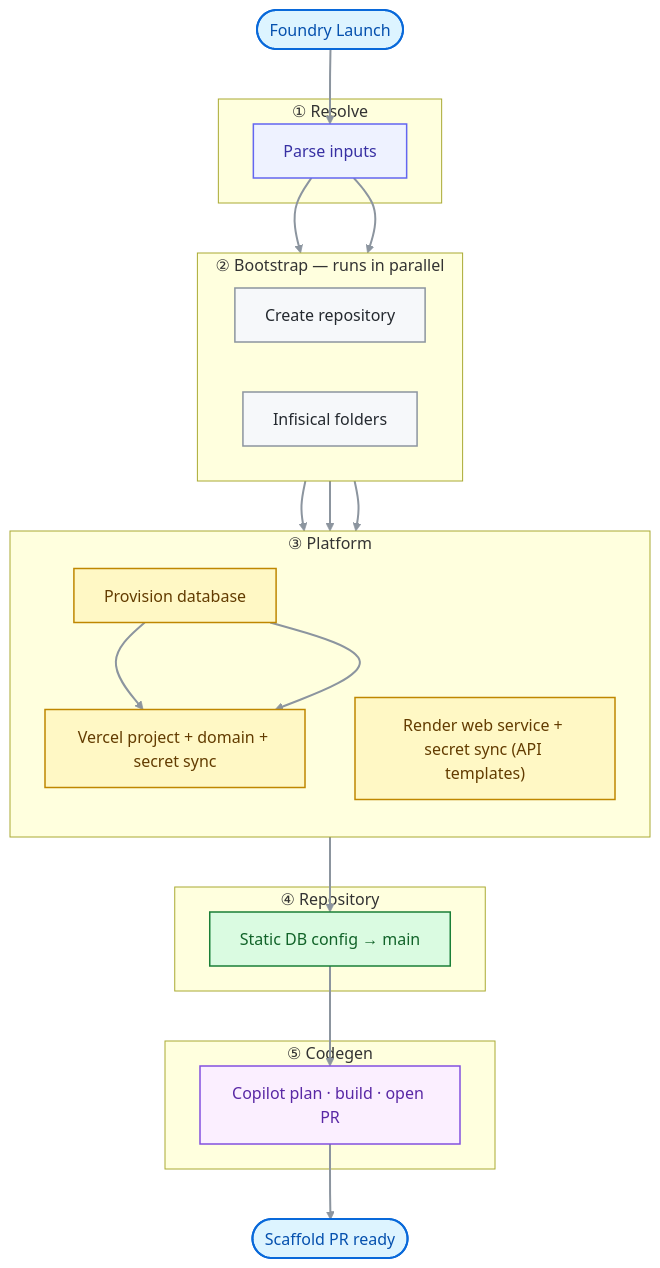
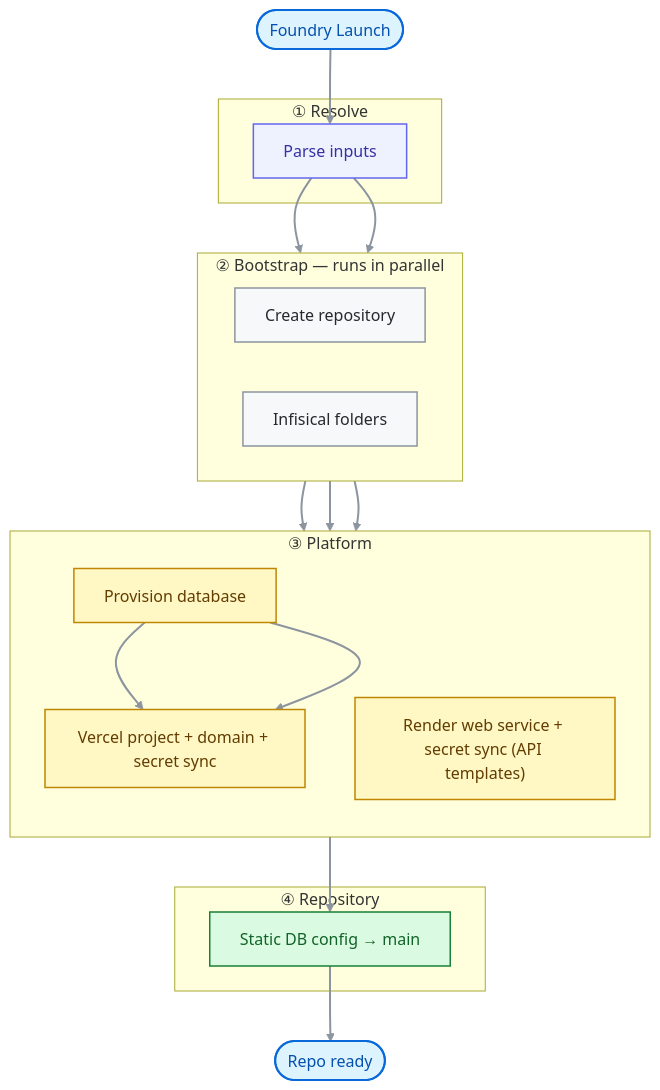
The diagram in README.md (uw-datasci/nexus-foundry), drawn with Mermaid before and after one commit. The commit also changed other lines of this file and 12 other files, not shown here.

````diff
--- a/README.md
+++ b/README.md
@@ -11,59 +11,52 @@
 ```mermaid
 flowchart TB
   START(["Foundry Launch"])
 
   subgraph phase1["① Resolve"]
     setup["Parse inputs"]
   end
 
   subgraph phase2["② Bootstrap — runs in parallel"]
     direction LR
     create_repo["Create repository"]
     secrets_setup["Infisical folders"]
   end
 
   subgraph phase3["③ Platform"]
     direction TB
     db_setup["Provision database"]
     vercel_setup["Vercel project + domain + secret sync"]
     render_setup["Render web service + secret sync (API templates)"]
     db_setup --> vercel_setup
   end
 
   subgraph phase4["④ Repository"]
     config["Static DB config → main"]
   end
 
-  subgraph phase5["⑤ Codegen"]
-    codegen["Copilot plan · build · open PR"]
-  end
-
-  DONE(["Scaffold PR ready"])
+  DONE(["Repo ready"])
 
   START --> setup
   setup --> create_repo
   setup --> secrets_setup
   create_repo --> db_setup
   secrets_setup --> db_setup
   secrets_setup --> render_setup
   db_setup --> vercel_setup
   vercel_setup --> config
-  config --> codegen
-  codegen --> DONE
+  config --> DONE
 
   classDef trigger fill:#ddf4ff,stroke:#0969da,stroke-width:2px,color:#0550ae
   classDef bootstrap fill:#f6f8fa,stroke:#8c959f,stroke-width:1.5px,color:#24292f
   classDef platform fill:#fff8c5,stroke:#bf8700,stroke-width:1.5px,color:#633c01
   classDef repo fill:#dafbe1,stroke:#1a7f37,stroke-width:1.5px,color:#116329
-  classDef ai fill:#fbefff,stroke:#8250df,stroke-width:1.5px,color:#5928a5
   classDef resolve fill:#eef2ff,stroke:#6366f1,stroke-width:1.5px,color:#3730a3
 
   class START,DONE trigger
   class setup resolve
   class create_repo,secrets_setup bootstrap
   class db_setup,vercel_setup,render_setup platform
   class config repo
-  class codegen ai
 
   linkStyle default stroke:#8c959f,stroke-width:2px
 ```
````
